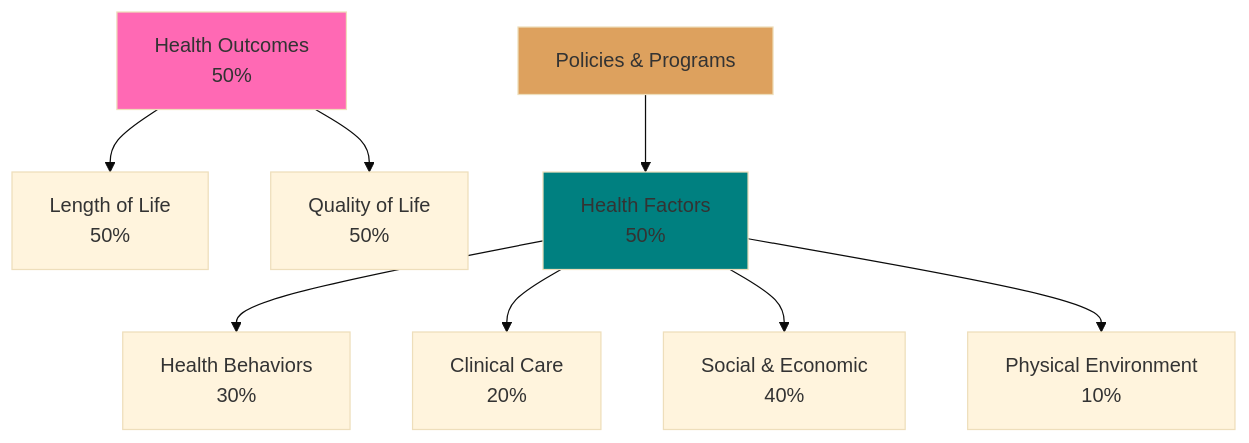
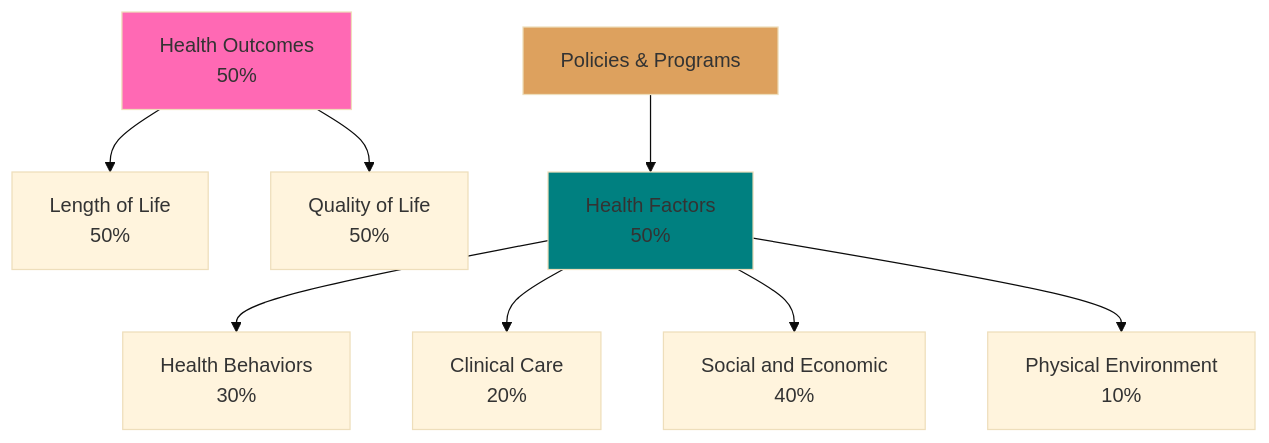
One commit to POPH-001/data changed the first of 2 diagrams in index.qmd. Above: the diagram before and after it, drawn with Mermaid (base theme). The commit also changed other lines of this file and 3 other files, not shown here.

````diff
--- a/index.qmd
+++ b/index.qmd
@@ -91,15 +92,15 @@
 ```{mermaid}
 %%| fig-width: 10
 %%| fig-height: 6
 flowchart TB
     A[Health Outcomes<br/>50%] --> B[Length of Life<br/>50%]
     A --> C[Quality of Life<br/>50%]
     D[Health Factors<br/>50%] --> E[Health Behaviors<br/>30%]
     D --> F[Clinical Care<br/>20%]
-    D --> G[Social & Economic<br/>40%]
+    D --> G[Social and Economic<br/>40%]
     D --> H[Physical Environment<br/>10%]
     I[Policies & Programs] --> D
     style A fill:#ff69b4
     style D fill:#008080
     style I fill:#dda15e
 ```
````
